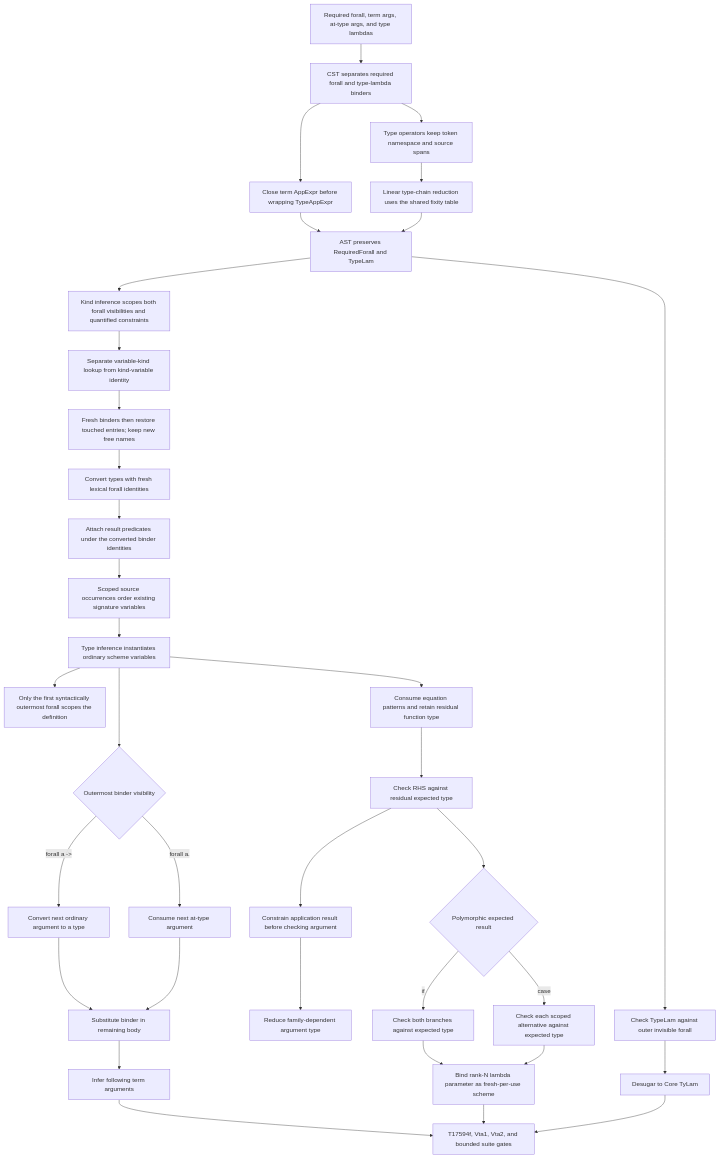
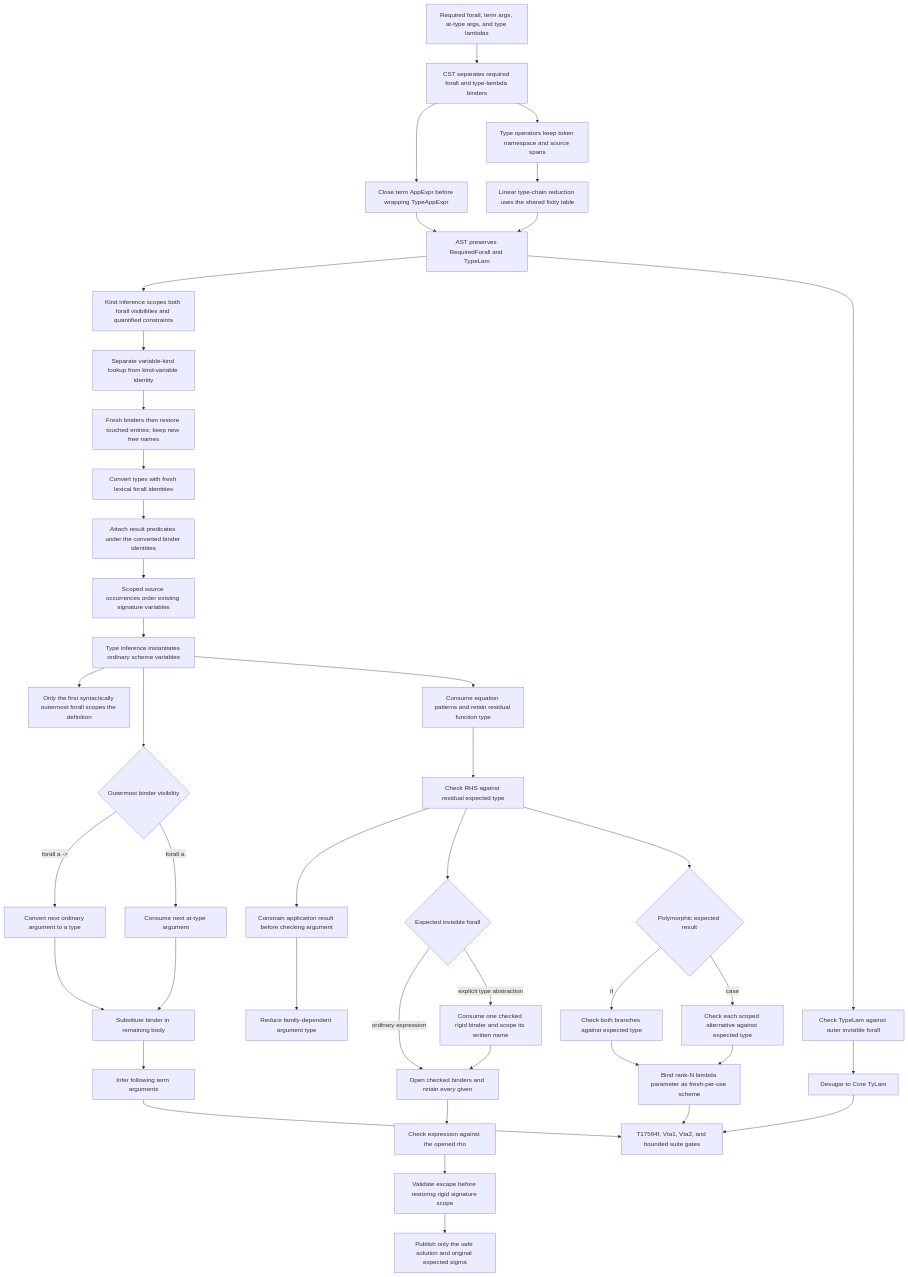
Before and after one commit to loveJesus/haskelujah-chirho: the diagram in spec-chirho/workflows-chirho/language-features-chirho/rank-n-visible-type-application-chirho.md, drawn with Mermaid. The commit also changed other lines of this file and 14 other files, not shown here.

First line of the commit message:
Check qualified expected arguments in a rigid signature scope

````diff
--- a/spec-chirho/workflows-chirho/language-features-chirho/rank-n-visible-type-application-chirho.md
+++ b/spec-chirho/workflows-chirho/language-features-chirho/rank-n-visible-type-application-chirho.md
@@ -6,38 +6,45 @@
 ```mermaid
 flowchart TD
     source_chirho[Required forall, term args, at-type args, and type lambdas]
     source_chirho --> cst_chirho[CST separates required forall and type-lambda binders]
     cst_chirho --> spine_chirho[Close term AppExpr before wrapping TypeAppExpr]
     spine_chirho --> ast_chirho[AST preserves RequiredForall and TypeLam]
     cst_chirho --> operators_chirho[Type operators keep token namespace and source spans]
     operators_chirho --> fixity_chirho[Linear type-chain reduction uses the shared fixity table]
     fixity_chirho --> ast_chirho
     ast_chirho --> kind_chirho[Kind inference scopes both forall visibilities and quantified constraints]
     kind_chirho --> kind_lookup_chirho[Separate variable-kind lookup from kind-variable identity]
     kind_lookup_chirho --> kind_restore_chirho[Fresh binders then restore touched entries; keep new free names]
     kind_restore_chirho --> conversion_chirho[Convert types with fresh lexical forall identities]
     conversion_chirho --> predicates_chirho[Attach result predicates under the converted binder identities]
     predicates_chirho --> inventory_chirho[Scoped source occurrences order existing signature variables]
     inventory_chirho --> scheme_chirho[Type inference instantiates ordinary scheme variables]
     scheme_chirho --> scope_chirho[Only the first syntactically outermost forall scopes the definition]
     scheme_chirho --> required_chirho{Outermost binder visibility}
     required_chirho -->|forall a ->| ordinary_arg_chirho[Convert next ordinary argument to a type]
     required_chirho -->|forall a.| visible_arg_chirho[Consume next at-type argument]
     ordinary_arg_chirho --> substitution_chirho[Substitute binder in remaining body]
     visible_arg_chirho --> substitution_chirho
     ast_chirho --> type_lambda_chirho[Check TypeLam against outer invisible forall]
     type_lambda_chirho --> core_chirho[Desugar to Core TyLam]
     substitution_chirho --> term_chirho[Infer following term arguments]
     scheme_chirho --> equation_chirho[Consume equation patterns and retain residual function type]
     equation_chirho --> expected_chirho[Check RHS against residual expected type]
     expected_chirho --> application_chirho[Constrain application result before checking argument]
+    expected_chirho --> sigma_chirho{Expected invisible forall}
+    sigma_chirho -->|ordinary expression| rigid_sigma_chirho[Open checked binders and retain every given]
+    sigma_chirho -->|explicit type abstraction| explicit_sigma_chirho[Consume one checked rigid binder and scope its written name]
+    explicit_sigma_chirho --> rigid_sigma_chirho
+    rigid_sigma_chirho --> opened_chirho[Check expression against the opened rho]
+    opened_chirho --> escape_sigma_chirho[Validate escape before restoring rigid signature scope]
+    escape_sigma_chirho --> public_sigma_chirho[Publish only the safe solution and original expected sigma]
     application_chirho --> family_chirho[Reduce family-dependent argument type]
     expected_chirho --> branch_chirho{Polymorphic expected result}
     branch_chirho -->|if| if_chirho[Check both branches against expected type]
     branch_chirho -->|case| case_chirho[Check each scoped alternative against expected type]
     if_chirho --> lambda_chirho[Bind rank-N lambda parameter as fresh-per-use scheme]
     case_chirho --> lambda_chirho
     lambda_chirho --> gates_chirho[T17594f, Vta1, Vta2, and bounded suite gates]
     core_chirho --> gates_chirho
     term_chirho --> gates_chirho
 ```
````
